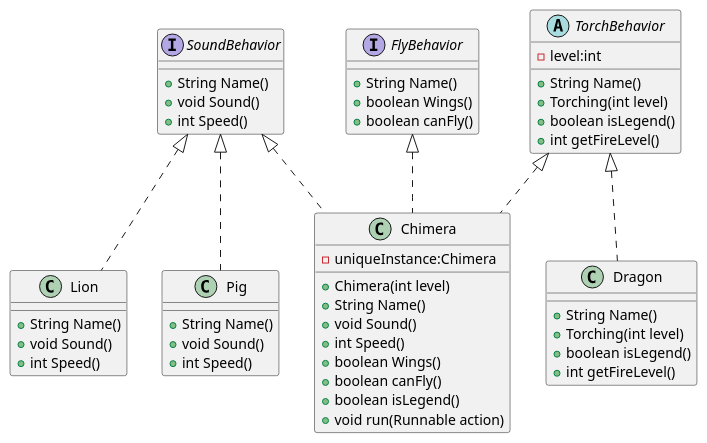
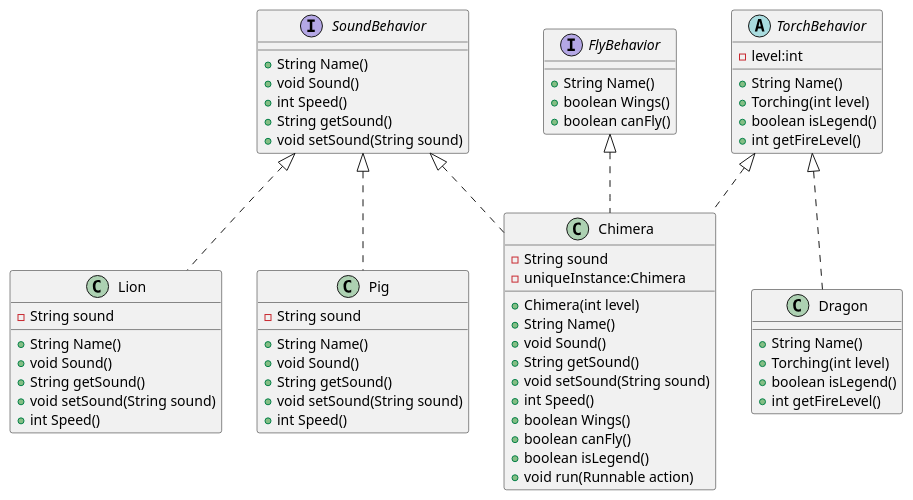
One commit to eric999j/Interface changed the diagram in src/Chimera.puml. Above: the diagram before and after it, drawn with PlantUML. The commit also changed 5 other files, not shown here.

Commit message:
use getter, setter and revise uml

```diff
--- a/src/Chimera.puml
+++ b/src/Chimera.puml
@@ -1,62 +1,73 @@
 @startuml
 'https://plantuml.com/class-diagram
 
 interface SoundBehavior {
 +String Name()
 +void Sound()
 +int Speed()
++String getSound()
++void setSound(String sound)
 }
 
 interface FlyBehavior{
 +String Name()
 +boolean Wings()
 +boolean canFly()
 }
 
 abstract class TorchBehavior{
 - level:int
 +String Name()
 +Torching(int level)
 +boolean isLegend()
 +int getFireLevel()
 }
 
 class Lion{
+-String sound
 +String Name()
 +void Sound()
++String getSound()
++void setSound(String sound)
 +int Speed()
 }
 
 class Pig{
+-String sound
 +String Name()
 +void Sound()
++String getSound()
++void setSound(String sound)
 +int Speed()
 }
 
 class Dragon{
 +String Name()
 +Torching(int level)
 +boolean isLegend()
 +int getFireLevel()
 }
 
 class Chimera{
+-String sound
 - uniqueInstance:Chimera
 +Chimera(int level)
 +String Name()
 +void Sound()
++String getSound()
++void setSound(String sound)
 +int Speed()
 +boolean Wings()
 +boolean canFly()
 +boolean isLegend()
 +void run(Runnable action)
 }
 
 SoundBehavior <|.. Lion
 SoundBehavior <|.. Pig
 SoundBehavior <|.. Chimera
 FlyBehavior <|.. Chimera
 TorchBehavior <|.. Dragon
 TorchBehavior <|.. Chimera
 
 @enduml
```
